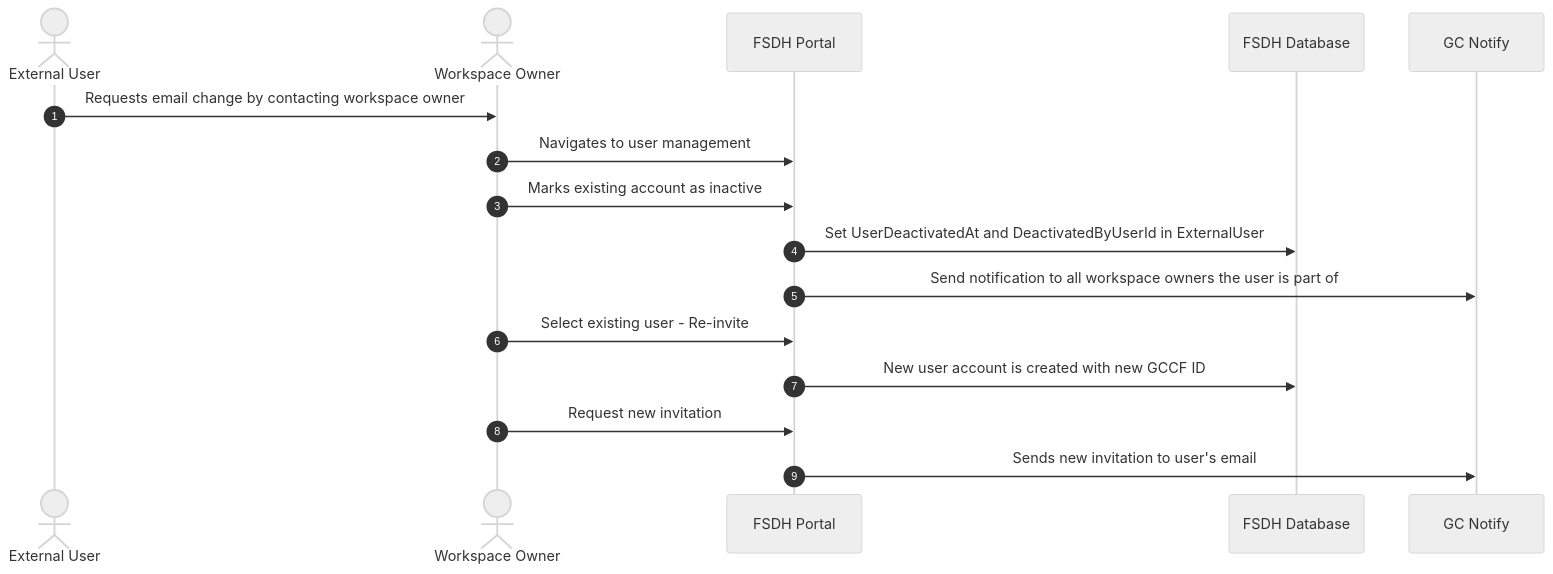
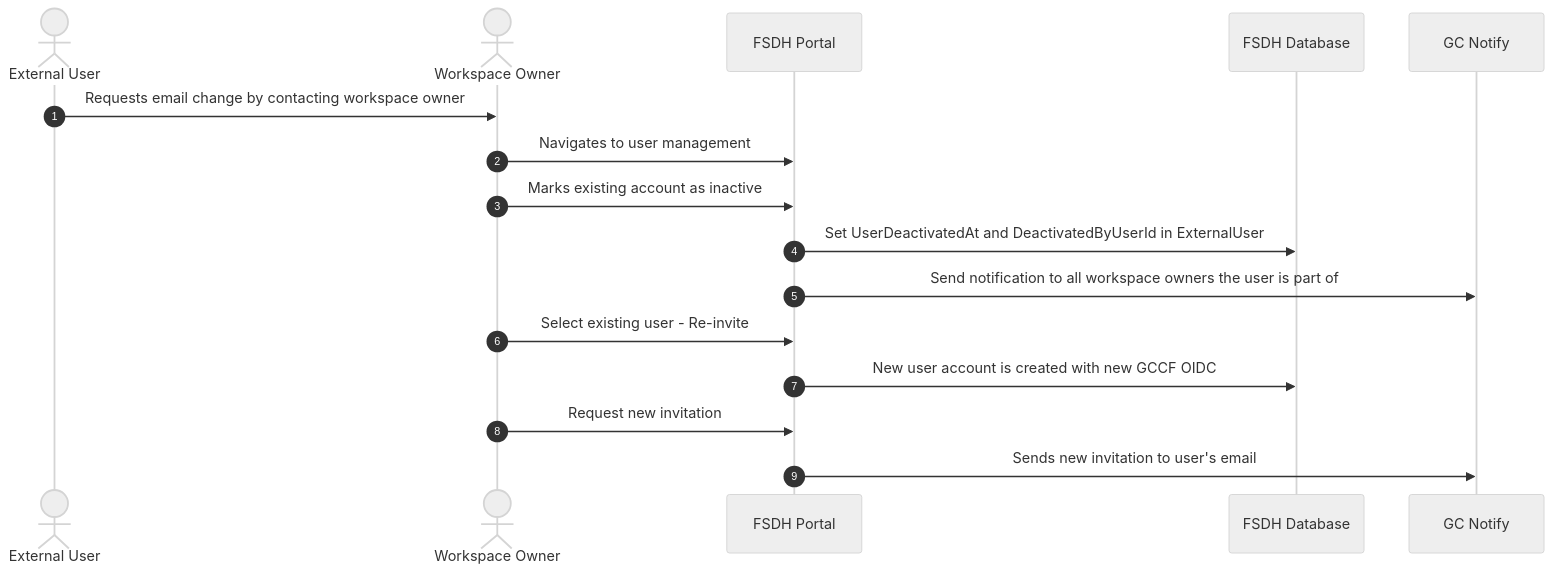
The tenth of 12 diagrams in DeveloperGuide/GCCF/AuthenticationFlows.md (ssc-sp/datahub-docs), drawn with Mermaid (neutral theme) before and after one commit. The commit also changed other lines of this file, not shown here.

Commit message:
clarified GCCF

````diff
--- a/DeveloperGuide/GCCF/AuthenticationFlows.md
+++ b/DeveloperGuide/GCCF/AuthenticationFlows.md
@@ -328,20 +328,20 @@
 ```mermaid
 sequenceDiagram
     actor User as External User
     actor Owner as Workspace Owner
     participant FSDH as FSDH Portal
     participant DB as FSDH Database
     participant GCNotify as GC Notify
 
     autonumber
     User->>Owner: Requests email change by contacting workspace owner
     Owner->>FSDH: Navigates to user management
     Owner->>FSDH: Marks existing account as inactive
     FSDH->>DB: Set UserDeactivatedAt and DeactivatedByUserId in ExternalUser
     FSDH->>GCNotify: Send notification to all workspace owners the user is part of
     Owner->>FSDH: Select existing user - Re-invite
-    FSDH->>DB: New user account is created with new GCCF ID
+    FSDH->>DB: New user account is created with new GCCF OIDC
     Owner->>FSDH: Request new invitation
     FSDH->>GCNotify: Sends new invitation to user's email
 
 ```
````
